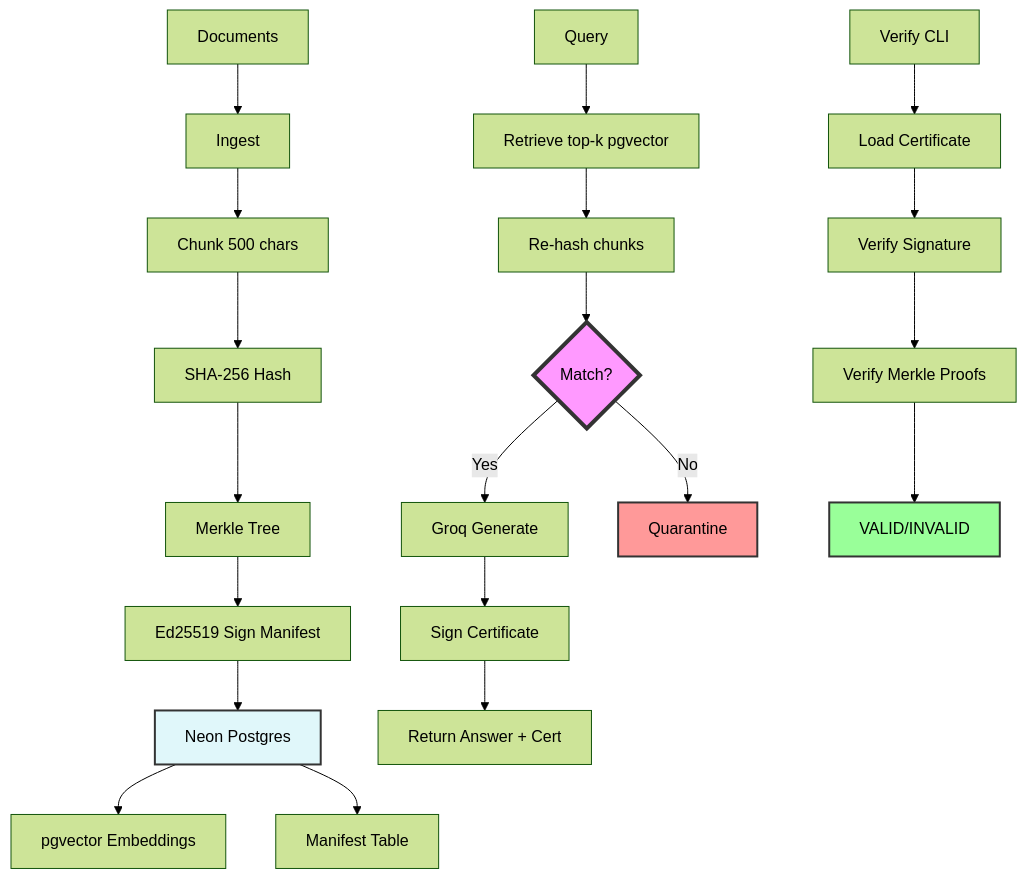
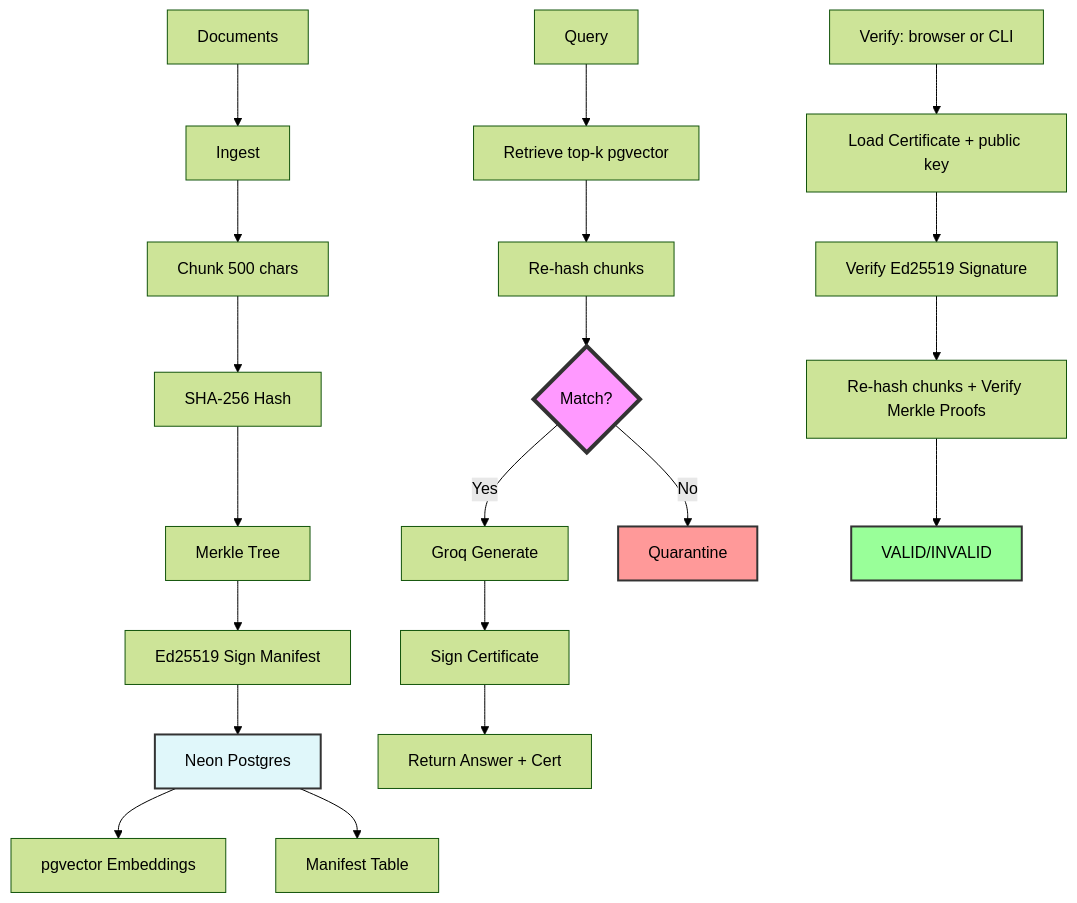
One commit to nikitayk/Attest changed the diagram in README.md. Above: the diagram before and after it, drawn with Mermaid (forest theme). The commit also changed other lines of this file and 20 other files, not shown here.

````diff
--- a/README.md
+++ b/README.md
@@ -71,29 +73,29 @@
 ```mermaid
 graph TD
     A[Documents] --> B[Ingest]
     B --> C[Chunk 500 chars]
     C --> D[SHA-256 Hash]
     D --> E[Merkle Tree]
     E --> F[Ed25519 Sign Manifest]
     F --> G[Neon Postgres]
     G --> H[pgvector Embeddings]
     G --> I[Manifest Table]
     
     J[Query] --> K[Retrieve top-k pgvector]
     K --> L[Re-hash chunks]
     L --> M{Match?}
     M -->|Yes| N[Groq Generate]
     M -->|No| O[Quarantine]
     N --> P[Sign Certificate]
     P --> Q[Return Answer + Cert]
     
-    R[Verify CLI] --> S[Load Certificate]
-    S --> T[Verify Signature]
-    T --> U[Verify Merkle Proofs]
+    R[Verify: browser or CLI] --> S[Load Certificate + public key]
+    S --> T[Verify Ed25519 Signature]
+    T --> U[Re-hash chunks + Verify Merkle Proofs]
     U --> V[VALID/INVALID]
     
     style M fill:#f9f,stroke:#333,stroke-width:4px
     style O fill:#f99,stroke:#333,stroke-width:2px
     style V fill:#9f9,stroke:#333,stroke-width:2px
     style G fill:#e0f7fa,stroke:#333,stroke-width:2px
 ```
````
